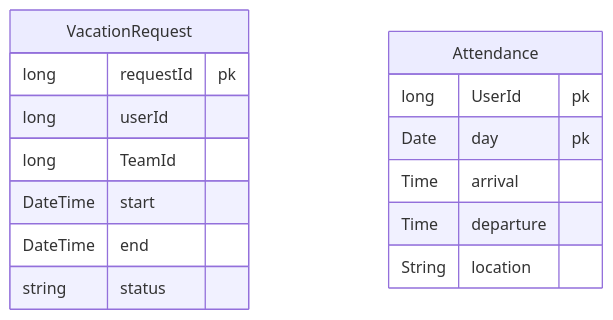
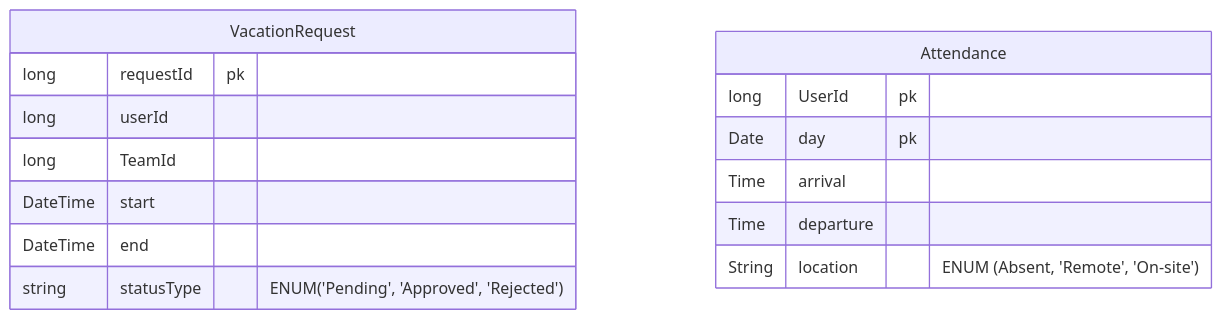
One commit to wrak-fra5-belbasalla7mar/.github changed the eighth of 10 diagrams in profile/README.md. Above: the diagram before and after it, drawn with Mermaid.

Commit message:
change in attandence api erd make location and statustype enum

````diff
--- a/profile/README.md
+++ b/profile/README.md
@@ -354,18 +354,18 @@
 ```mermaid
 erDiagram
 VacationRequest{
 long requestId pk
 long userId
 long TeamId
 DateTime start
 DateTime end
-string status
+string statusType "ENUM('Pending', 'Approved', 'Rejected')"
 }
 Attendance{
 long UserId pk 
 Date day pk
 Time arrival
 Time departure 
-String location
+String location "ENUM (Absent, 'Remote', 'On-site')"
 }
 ```
````
